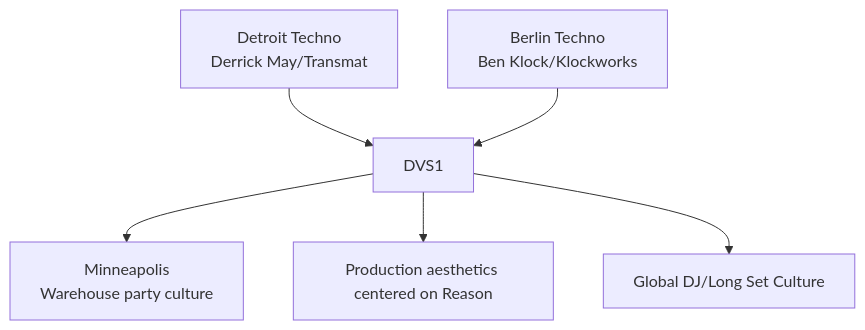
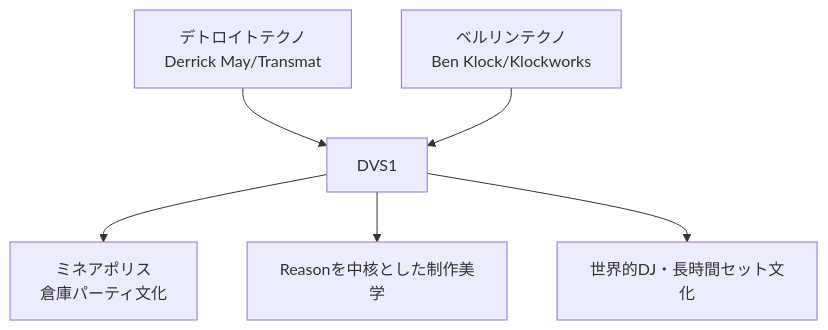
One commit to monumental-movement/monumental-movement.github.io changed the diagram in en/_posts/2025-11-18-column-dvs1.md. Above: the diagram before and after it, drawn with Mermaid. The commit also changed other lines of this file and 775 other files, not shown here.

```diff
--- a/en/_posts/2025-11-18-column-dvs1.md
+++ b/en/_posts/2025-11-18-column-dvs1.md
@@ -249,10 +248,10 @@
 <div class="mermaid">
 
 graph TD
-A[Detroit Techno<br>Derrick May/Transmat] --> C[DVS1]
-B[Berlin Techno<br>Ben Klock/Klockworks] --> C
-C --> D[Minneapolis<br>Warehouse party culture]
-C --> E[Production aesthetics centered on Reason]
-C --> F[Global DJ/Long Set Culture]
+A[デトロイトテクノ<br>Derrick May/Transmat] --> C[DVS1]
+B[ベルリンテクノ<br>Ben Klock/Klockworks] --> C
+C --> D[ミネアポリス<br>倉庫パーティ文化]
+C --> E[Reasonを中核とした制作美学]
+C --> F[世界的DJ・長時間セット文化]
 
 </div>
```
